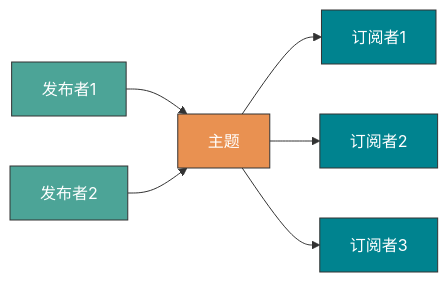
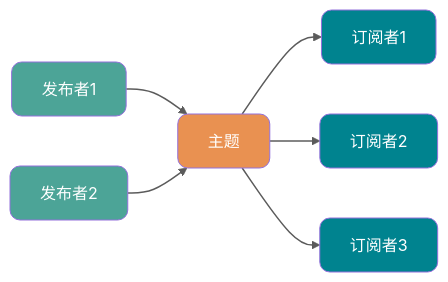
Before and after one commit to Snailclimb/JavaGuide: the third of 13 diagrams in docs/high-performance/message-queue/rocketmq-questions.md, drawn with Mermaid. The commit also changed other lines of this file and 7 other files, not shown here.

Commit message:
docs：mermaid 配图样式优化

````diff
--- a/docs/high-performance/message-queue/rocketmq-questions.md
+++ b/docs/high-performance/message-queue/rocketmq-questions.md
@@ -224,15 +232,18 @@
 ```mermaid
 flowchart LR
     P1["发布者1"] --> T["主题"]
     P2["发布者2"] --> T
     T --> S1["订阅者1"]
     T --> S2["订阅者2"]
     T --> S3["订阅者3"]
 
-    style P1 fill:#4CA497,stroke:#333,color:#fff
-    style P2 fill:#4CA497,stroke:#333,color:#fff
-    style T fill:#E99151,stroke:#333,color:#fff
-    style S1 fill:#00838F,stroke:#333,color:#fff
-    style S2 fill:#00838F,stroke:#333,color:#fff
-    style S3 fill:#00838F,stroke:#333,color:#fff
+    classDef publisher fill:#4CA497,color:#fff,rx:10,ry:10
+    classDef topic fill:#E99151,color:#fff,rx:10,ry:10
+    classDef subscriber fill:#00838F,color:#fff,rx:10,ry:10
+
+    class P1,P2 publisher
+    class T topic
+    class S1,S2,S3 subscriber
+
+    linkStyle default stroke-width:1.5px,opacity:0.8
 ```
````
